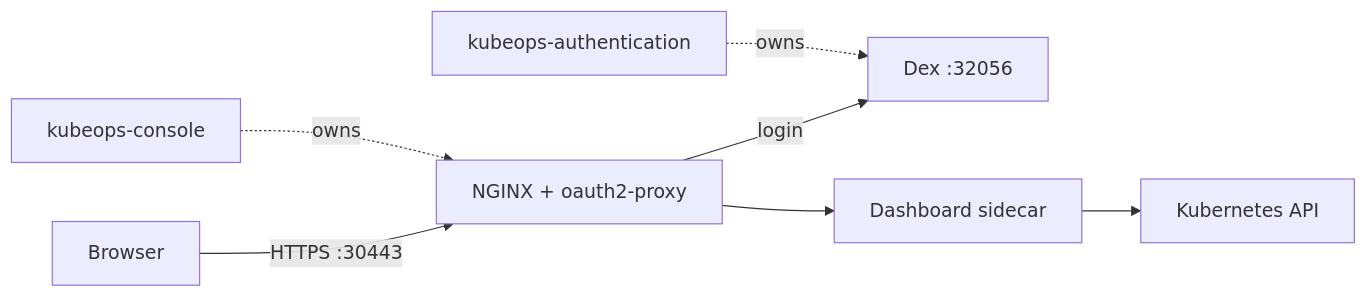
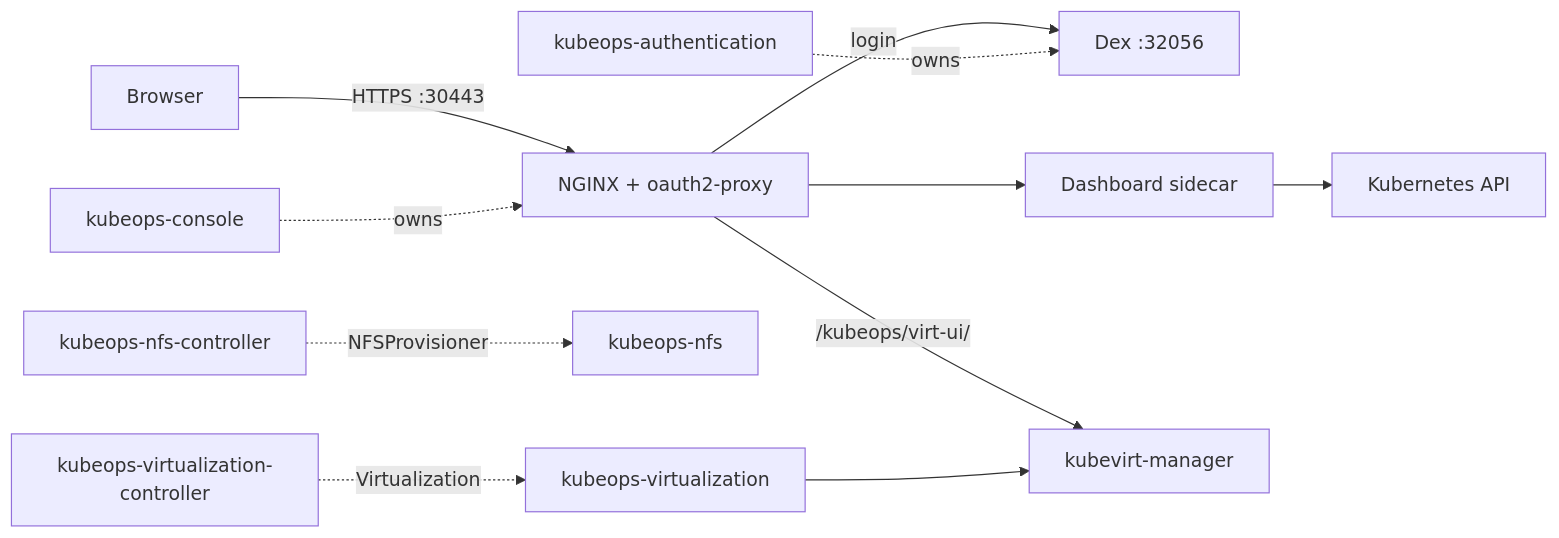
One commit to Deepak-Das01/dashboard-ocp changed the diagram in README.md. Above: the diagram before and after it, drawn with Mermaid. The commit also changed other lines of this file and 2 other files, not shown here.

First line of the commit message:
Hide virt UI copyright footer and document addons in README.

````diff
--- a/README.md
+++ b/README.md
@@ -285,9 +323,13 @@
 ```mermaid
 flowchart LR
   Browser -->|HTTPS :30443| NGINX["NGINX + oauth2-proxy"]
   NGINX -->|login| Dex["Dex :32056"]
   NGINX --> Dash["Dashboard sidecar"]
+  NGINX -->|/kubeops/virt-ui/| KVM["kubevirt-manager"]
   Dash --> API["Kubernetes API"]
   OpC["kubeops-console"] -.->|owns| NGINX
   OpA["kubeops-authentication"] -.->|owns| Dex
+  OpN["kubeops-nfs-controller"] -.->|NFSProvisioner| NFS["kubeops-nfs"]
+  OpV["kubeops-virtualization-controller"] -.->|Virtualization| Virt["kubeops-virtualization"]
+  Virt --> KVM
 ```
````
